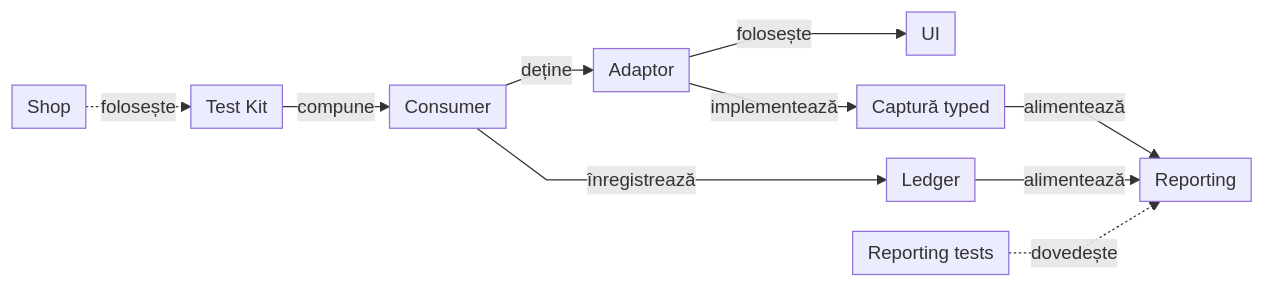
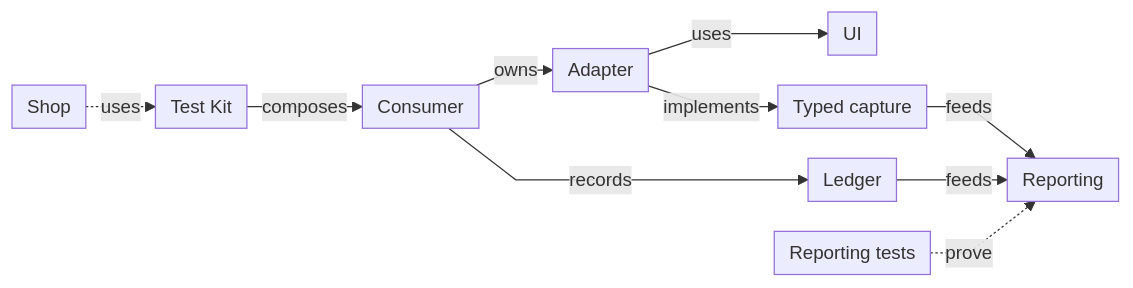
Before and after one commit to crististefanita/atf_j0: the second of 3 diagrams in docs/ATF_Evidence_Capture_Contract.md, drawn with Mermaid. The commit also changed other lines of this file and 113 other files, not shown here.

````diff
--- a/docs/ATF_Evidence_Capture_Contract.md
+++ b/docs/ATF_Evidence_Capture_Contract.md
@@ -124,13 +113,13 @@
 ```mermaid
 %%{init: {"themeVariables":{"fontSize":"15px"},"themeCSS":".nodeLabel, .nodeLabel p { font-size: 15px !important; line-height: 1.35 !important; } .edgeLabel, .edgeLabel p { font-size: 12px !important; font-weight: 400 !important; line-height: 1.2 !important; } .edgeLabel .labelBkg, .edgeLabel p { background: transparent !important; } .edgeLabel foreignObject { transform: translateY(-18px); overflow: visible; } .node rect { rx: 6px; ry: 6px; } .edgeLabel [data-id=\"L_Adapter_Capture_0\"] foreignObject { transform: translate(0px, -28px); } .edgeLabel [data-id=\"L_ReportingTests_Reporting_0\"] foreignObject { transform: translate(0px, -28px); }","flowchart":{"curve":"linear","nodeSpacing":24,"rankSpacing":24,"padding":6,"diagramPadding":20}}}%%
 flowchart LR
-    TestKit["Test Kit"] -->|compune| Consumer["Consumer"]
-    Consumer -->|deține| Adapter["Adaptor"]
-    Adapter -->|folosește| Ui["UI"]
-    Consumer -->|înregistrează| Ledger["Ledger"]
-    Adapter -->|implementează| Capture["Captură typed"]
-    Ledger -->|alimentează| Reporting["Reporting"]
-    Capture -->|alimentează| Reporting
-    ReportingTests["Reporting tests"] -. dovedește .-> Reporting
-    PracticeShop["Shop"] -. folosește .-> TestKit
+    TestKit["Test Kit"] -->|composes| Consumer["Consumer"]
+    Consumer -->|owns| Adapter["Adapter"]
+    Adapter -->|uses| Ui["UI"]
+    Consumer -->|records| Ledger["Ledger"]
+    Adapter -->|implements| Capture["Typed capture"]
+    Ledger -->|feeds| Reporting["Reporting"]
+    Capture -->|feeds| Reporting
+    ReportingTests["Reporting tests"] -. prove .-> Reporting
+    PracticeShop["Shop"] -. uses .-> TestKit
 ```
````
